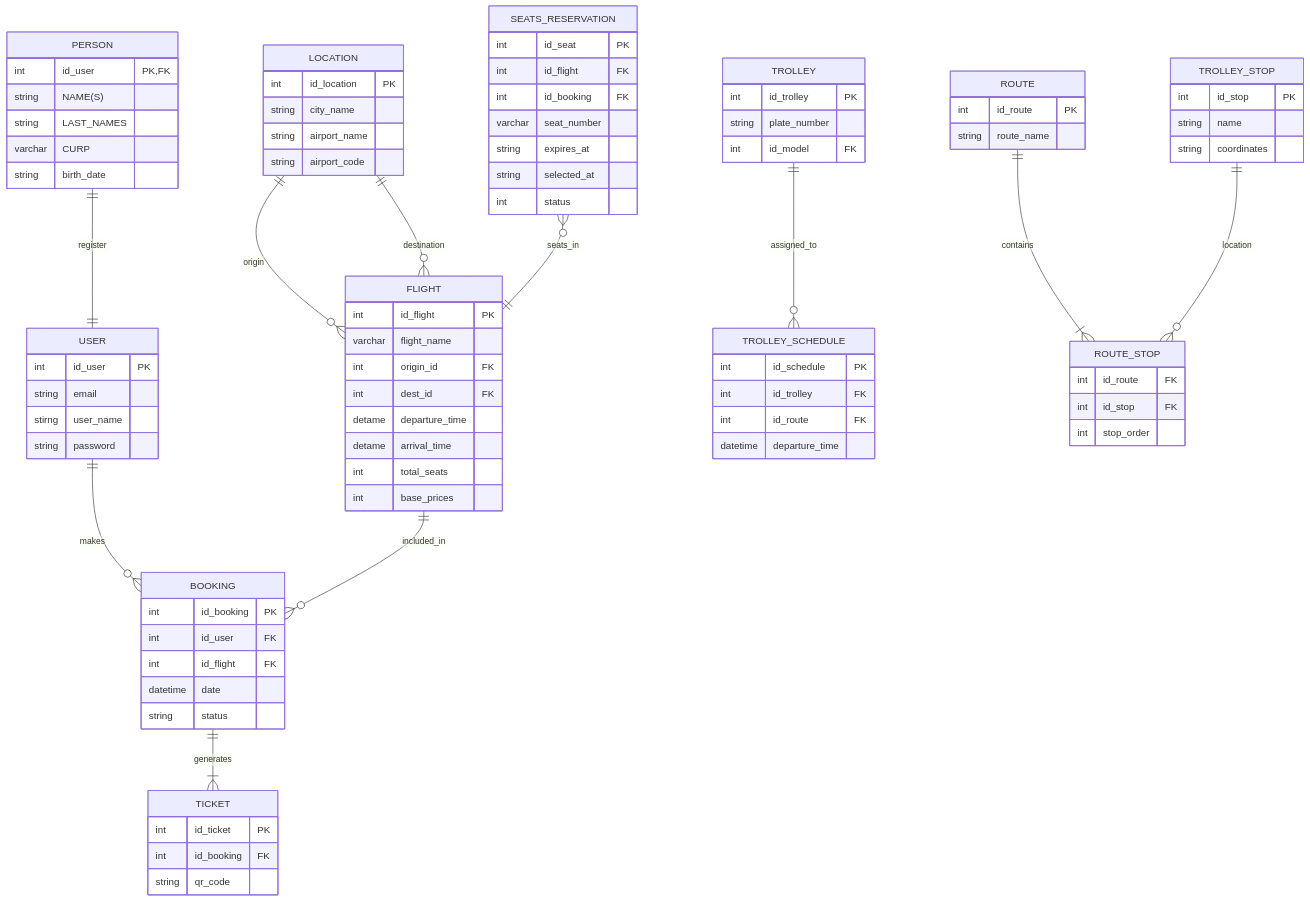
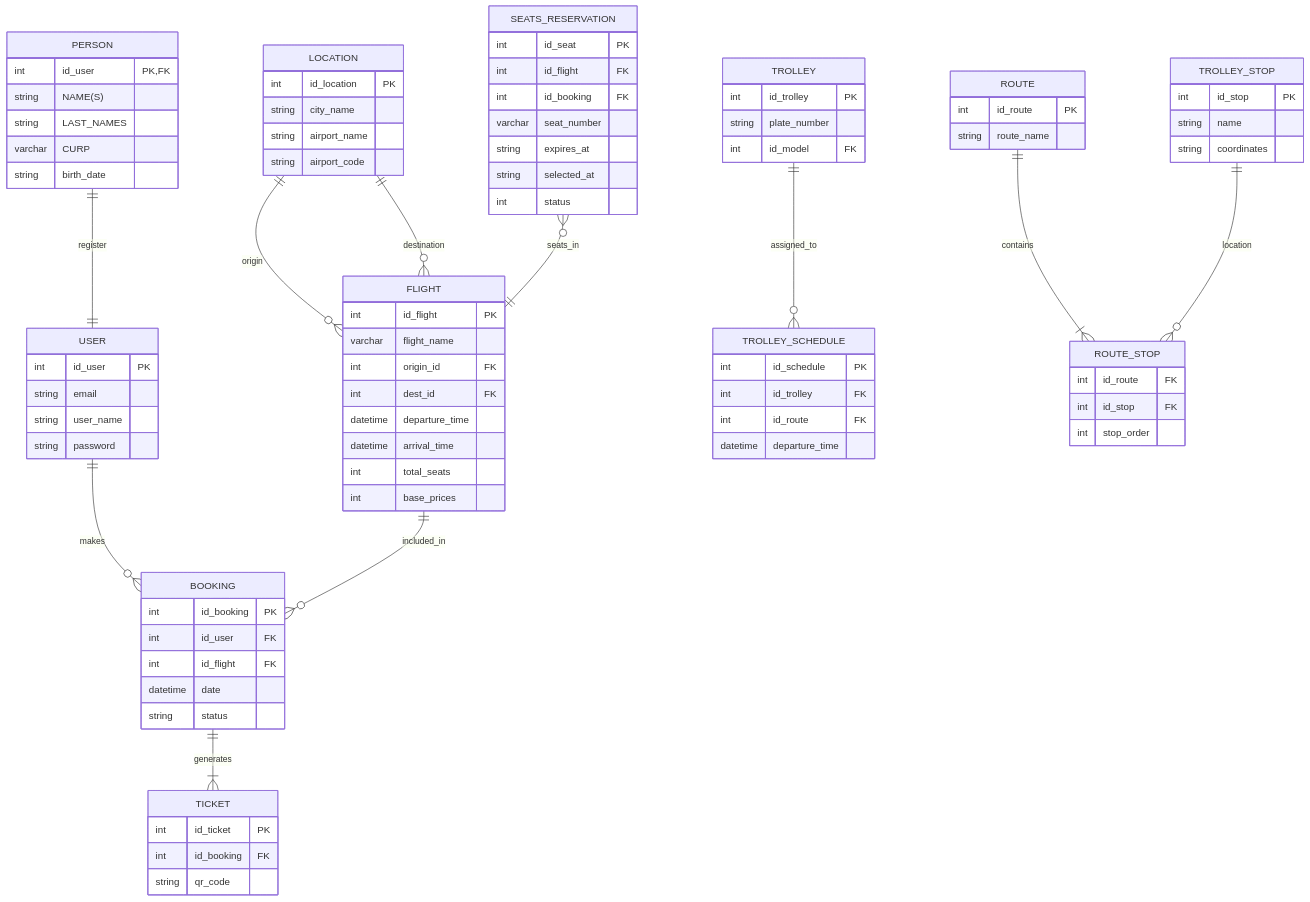
Before and after one commit to daniellopezcabrera/cbtis47-db-turismo-2026: the diagram in docs/normalization_report.mmd, drawn with Mermaid.

Commit message:
Fix typos in normalization_report.mmd
Corrected typos in the normalization report.

```diff
--- a/docs/normalization_report.mmd
+++ b/docs/normalization_report.mmd
@@ -1,108 +1,108 @@
 erDiagram
     USER ||--o{ BOOKING : makes
 
 %% A user can have many reservations
 %% Many reservation are of the user
     USER {
         int id_user PK
         string email
-        stirng user_name
+        string user_name
         string password
     }
 %% One PERSON can have a one user
    PERSON ||--|| USER  : register
 
     PERSON{
         int id_user PK,FK
         string NAME(S)
         string LAST_NAMES
         varchar CURP
         string birth_date
             }
 
    LOCATION ||--o{ FLIGHT : origin
     LOCATION||--o{ FLIGHT : destination
 
     LOCATION {
         int id_location PK
         string  city_name
         string  airport_name
         string  airport_code
     }
     
     FLIGHT ||--o{ BOOKING : included_in
 %%int origin_id FK --> location.id_location -- departure place
  %%int origin_id FK --> location.id_location -- arrival place   
     FLIGHT {
         int id_flight PK
         varchar flight_name
         int origin_id FK
         int dest_id FK
-     detame departure_time
-     detame arrival_time
+     datetime departure_time
+     datetime arrival_time
      int total_seats
      int base_prices
     }
     
     SEATS_RESERVATION }o--||FLIGHT:seats_in
 %% satus (confirmed, pending, expired, cancelled)
 SEATS_RESERVATION{
      int id_seat PK
      int id_flight FK
      int id_booking FK
      varchar seat_number
      string expires_at
      string selected_at
      int status 
 }
     BOOKING ||--|{ TICKET : generates
 
     BOOKING {
         int id_booking PK
         int id_user FK
         int id_flight FK
         datetime date
         string status
     }
 
     TICKET {
         int id_ticket PK
         int id_booking FK
         string qr_code
     }
 
     TROLLEY ||--o{ TROLLEY_SCHEDULE : assigned_to
 
     TROLLEY {
         int id_trolley PK
         string plate_number
         int id_model FK
     }
 
     ROUTE ||--|{ ROUTE_STOP : contains
 
     ROUTE {
         int id_route PK
         string route_name
     }
 
     TROLLEY_STOP ||--o{ ROUTE_STOP : location
 
     TROLLEY_STOP {
         int id_stop PK
         string name
         string coordinates
     }
 
     ROUTE_STOP {
         int id_route FK
         int id_stop FK
         int stop_order
     }
 
     TROLLEY_SCHEDULE {
         int id_schedule PK
         int id_trolley FK
         int id_route FK
         datetime departure_time
     }
```
